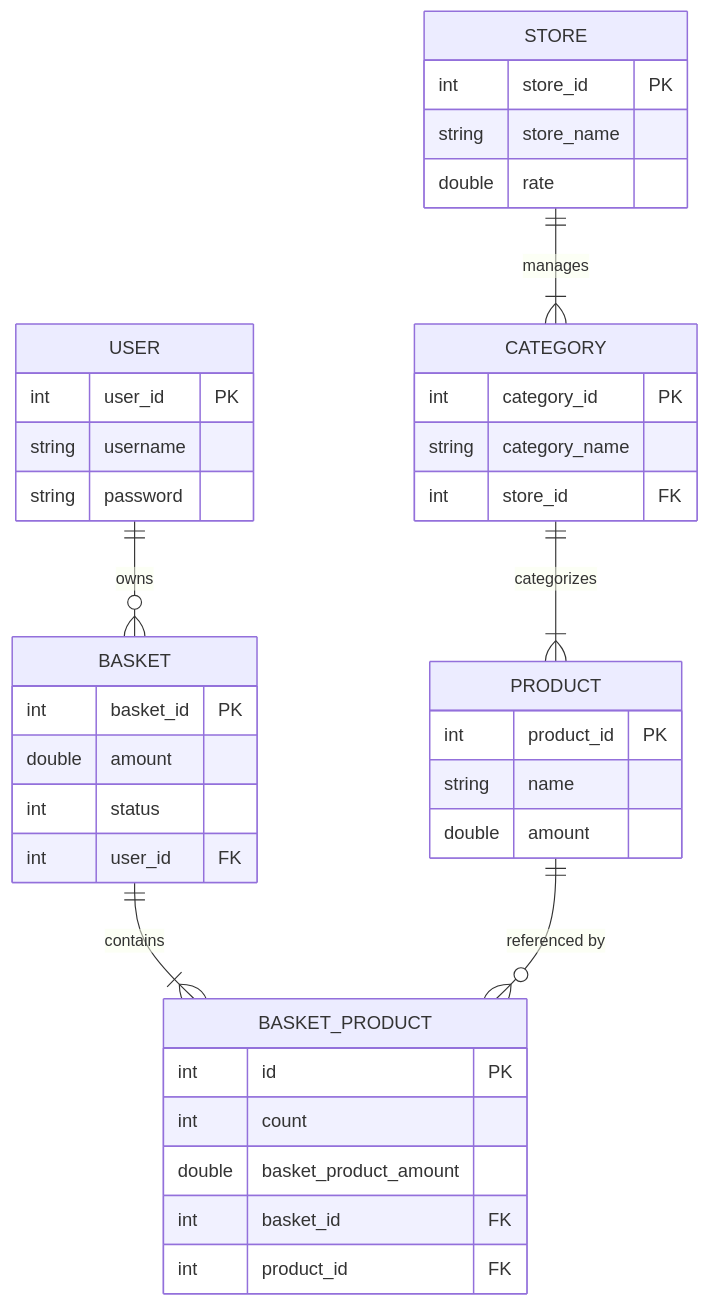
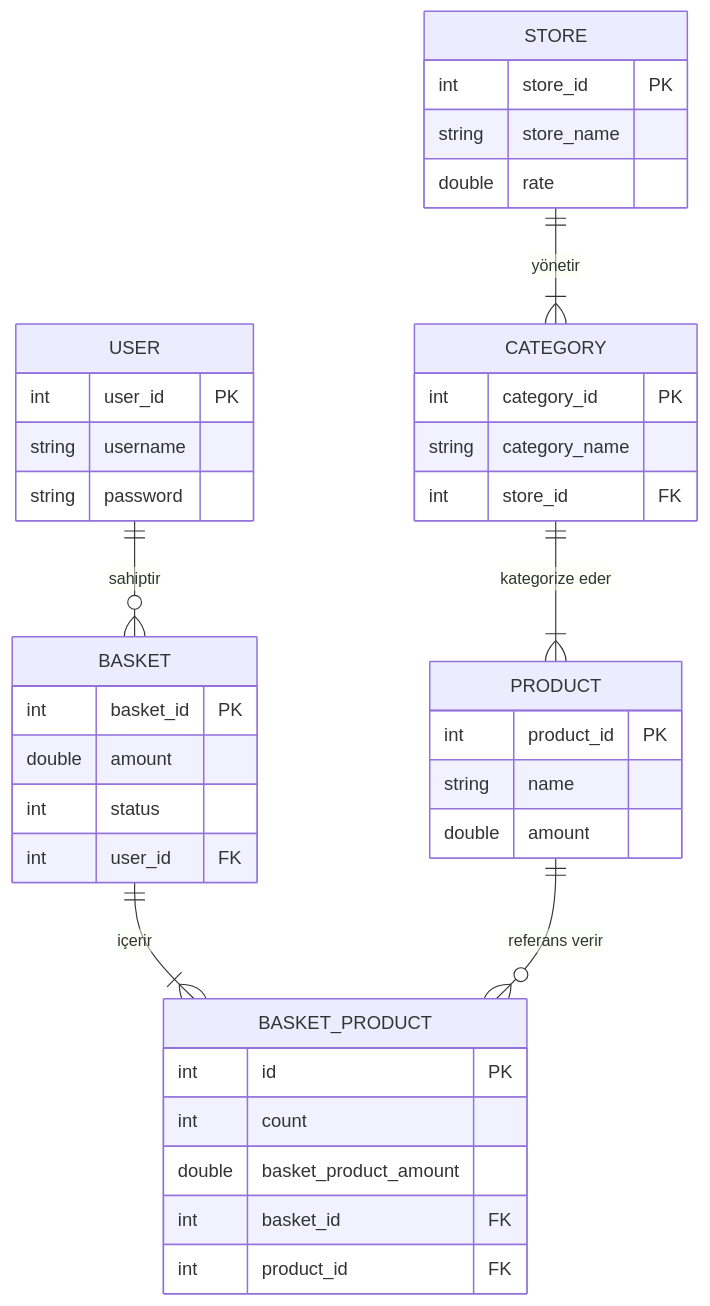
The second of 2 diagrams in README.md (BurhanAlperen/E_comm_amazon), drawn with Mermaid before and after one commit. The commit also changed other lines of this file and 2 other files, not shown here.

````diff
--- a/README.md
+++ b/README.md
@@ -103,42 +103,42 @@
 ```mermaid
 erDiagram
-    USER ||--o{ BASKET : owns
-    BASKET ||--|{ BASKET_PRODUCT : contains
-    PRODUCT ||--o{ BASKET_PRODUCT : "referenced by"
-    STORE ||--|{ CATEGORY : manages
-    CATEGORY ||--|{ PRODUCT : categorizes
+    USER ||--o{ BASKET : "sahiptir"
+    BASKET ||--|{ BASKET_PRODUCT : "içerir"
+    PRODUCT ||--o{ BASKET_PRODUCT : "referans verir"
+    STORE ||--|{ CATEGORY : "yönetir"
+    CATEGORY ||--|{ PRODUCT : "kategorize eder"
 
     USER {
         int user_id PK
         string username
         string password
     }
     BASKET {
         int basket_id PK
         double amount
         int status
         int user_id FK
     }
     BASKET_PRODUCT {
         int id PK
         int count
         double basket_product_amount
         int basket_id FK
         int product_id FK
     }
     PRODUCT {
         int product_id PK
         string name
         double amount
     }
     CATEGORY {
         int category_id PK
         string category_name
         int store_id FK
     }
     STORE {
         int store_id PK
         string store_name
         double rate
     }
 ```
````
